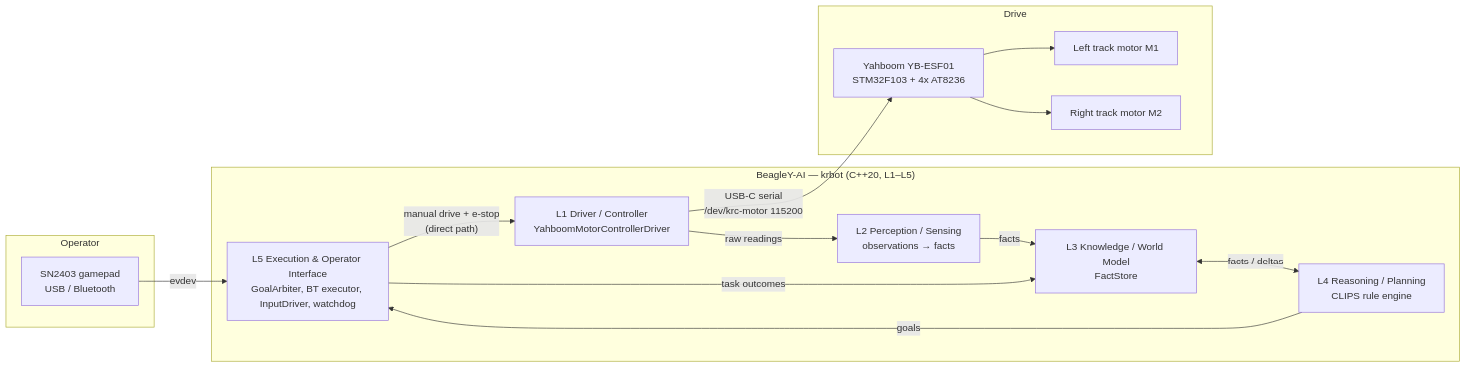
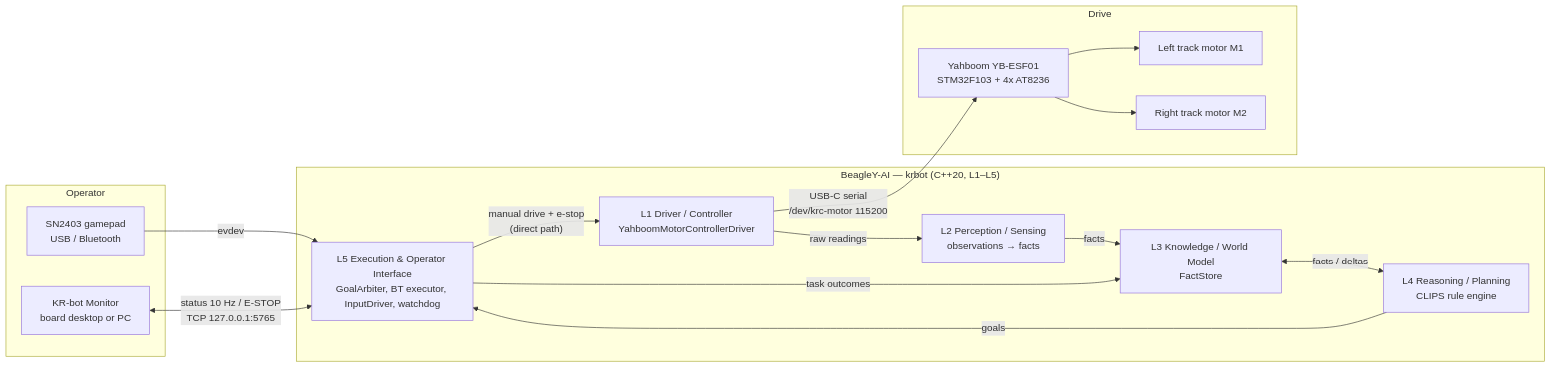
One commit to kennedyrobotics/KR-robot changed the first of 5 diagrams in README.md. Above: the diagram before and after it, drawn with Mermaid. The commit also changed other lines of this file and 4 other files, not shown here.

````diff
--- a/README.md
+++ b/README.md
@@ -15,26 +22,28 @@
 ```mermaid
 flowchart LR
     subgraph Operator
         PAD[SN2403 gamepad<br/>USB / Bluetooth]
+        MON[KR-bot Monitor<br/>board desktop or PC]
     end
     subgraph BeagleY-AI ["BeagleY-AI — krbot (C++20, L1–L5)"]
         L5[L5 Execution & Operator Interface<br/>GoalArbiter, BT executor, InputDriver, watchdog]
         L4[L4 Reasoning / Planning<br/>CLIPS rule engine]
         L3[L3 Knowledge / World Model<br/>FactStore]
         L2[L2 Perception / Sensing<br/>observations → facts]
         L1[L1 Driver / Controller<br/>YahboomMotorControllerDriver]
     end
     subgraph Drive
         YB[Yahboom YB-ESF01<br/>STM32F103 + 4x AT8236]
         ML[Left track motor M1]
         MR[Right track motor M2]
     end
     PAD -- evdev --> L5
+    MON <-- "status 10 Hz / E-STOP<br/>TCP 127.0.0.1:5765" --> L5
     L5 -- "manual drive + e-stop<br/>(direct path)" --> L1
     L4 -- goals --> L5
     L3 <-- "facts / deltas" --> L4
     L1 -- raw readings --> L2 -- facts --> L3
     L5 -- "task outcomes" --> L3
     L1 -- "USB-C serial<br/>/dev/krc-motor 115200" --> YB
     YB --> ML & MR
 ```
````
